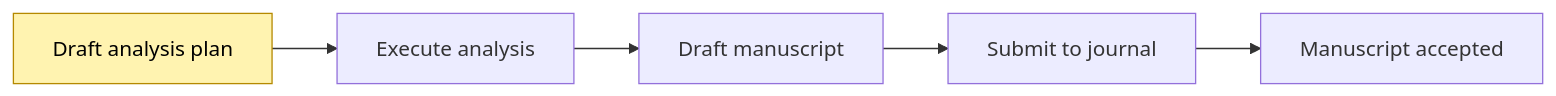
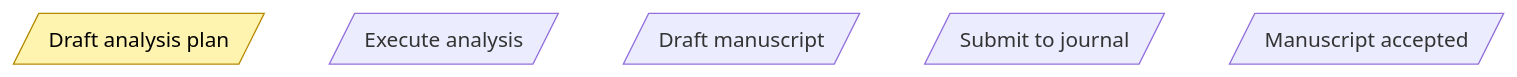
The second of 2 diagrams in public_in_progress.qmd (ALERRT-Research/PROJ_researchring_website), drawn with Mermaid before and after one commit. The commit also changed other lines of this file and 11 other files, not shown here.

````diff
--- a/public_in_progress.qmd
+++ b/public_in_progress.qmd
@@ -62,12 +63,13 @@
 ```{mermaid}
 flowchart LR
 
-A[Draft analysis plan] --> B[Execute analysis] 
-B[Execute analysis] --> C[Draft manuscript]
-C[Draft manuscript] --> G[Submit to journal]
-G[Submit to journal] --> H[Manuscript accepted]
+A[/Draft analysis plan/] ~~~ B[/Execute analysis/] 
+B[/Execute analysis/] ~~~ C[/Draft manuscript/]
+C[/Draft manuscript/] ~~~ G[/Submit to journal/]
+G[/Submit to journal/] ~~~ H[/Manuscript accepted/]
 
+classDef done fill:#9be9a8,stroke:#2c7a2c,color:#000;
 classDef current fill:#fff3b0,stroke:#b58900,color:#000;
 
 class A current;
 ```
````
